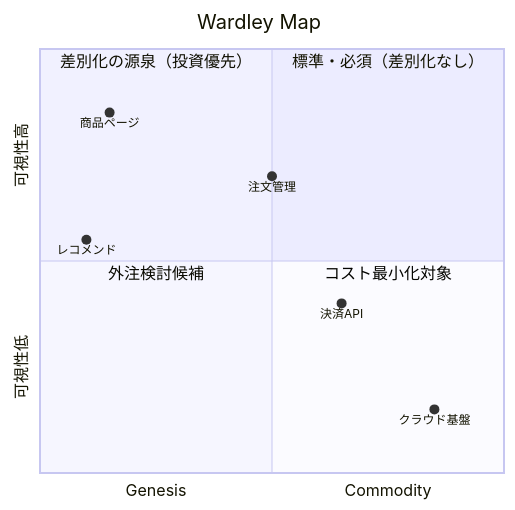
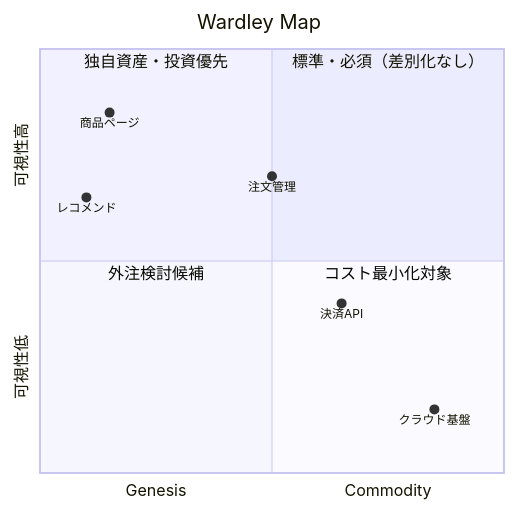
Before and after one commit to agaemo/dotfiles: the second of 2 diagrams in claude/skills/think/wardley/agents/evolution-assessor.md, drawn with Mermaid. The commit also changed other lines of this file and 3 other files, not shown here.

````diff
--- a/claude/skills/think/wardley/agents/evolution-assessor.md
+++ b/claude/skills/think/wardley/agents/evolution-assessor.md
@@ -83,15 +84,15 @@
 ```mermaid
 quadrantChart
     title Wardley Map
     x-axis Genesis --> Commodity
     y-axis "可視性低" --> "可視性高"
     quadrant-1 "標準・必須（差別化なし）"
-    quadrant-2 "差別化の源泉（投資優先）"
+    quadrant-2 "独自資産・投資優先"
     quadrant-3 "外注検討候補"
     quadrant-4 "コスト最小化対象"
     "商品ページ": [0.15, 0.85]
-    "レコメンド": [0.1, 0.55]
+    "レコメンド": [0.1, 0.65]
     "注文管理": [0.5, 0.7]
     "決済API": [0.65, 0.4]
     "クラウド基盤": [0.85, 0.15]
 ```
````
